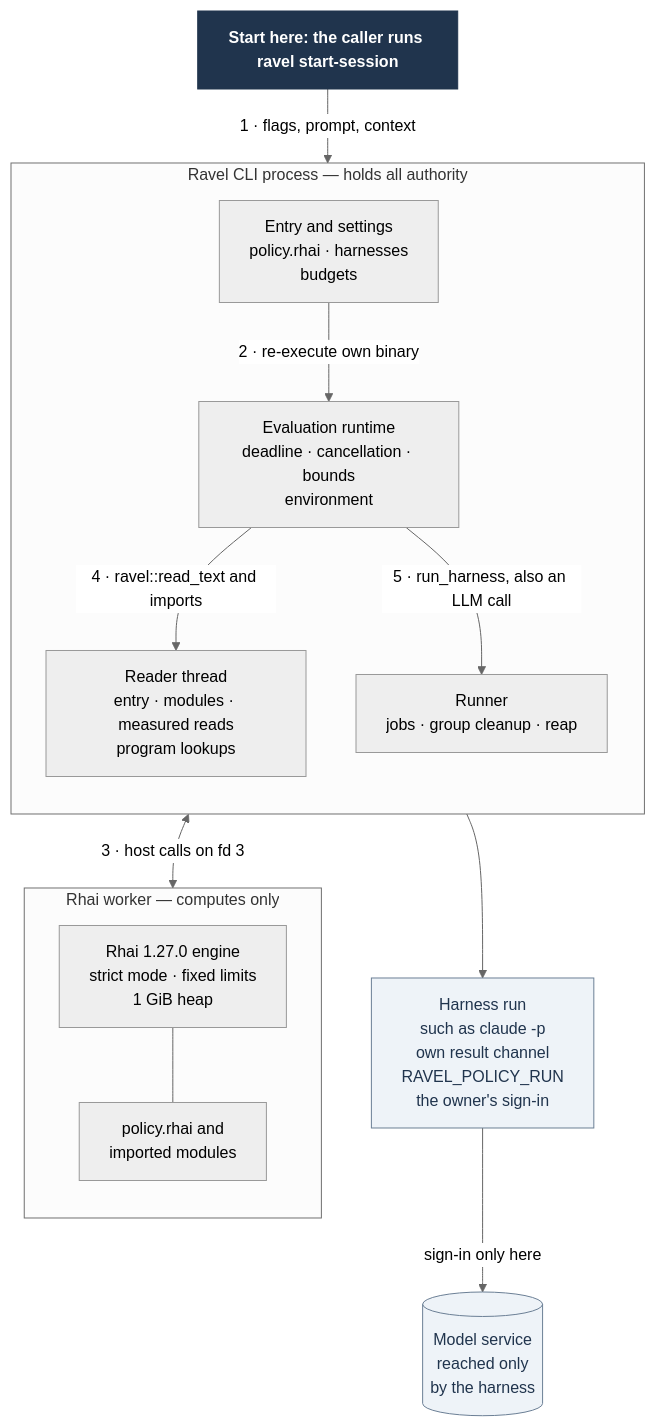
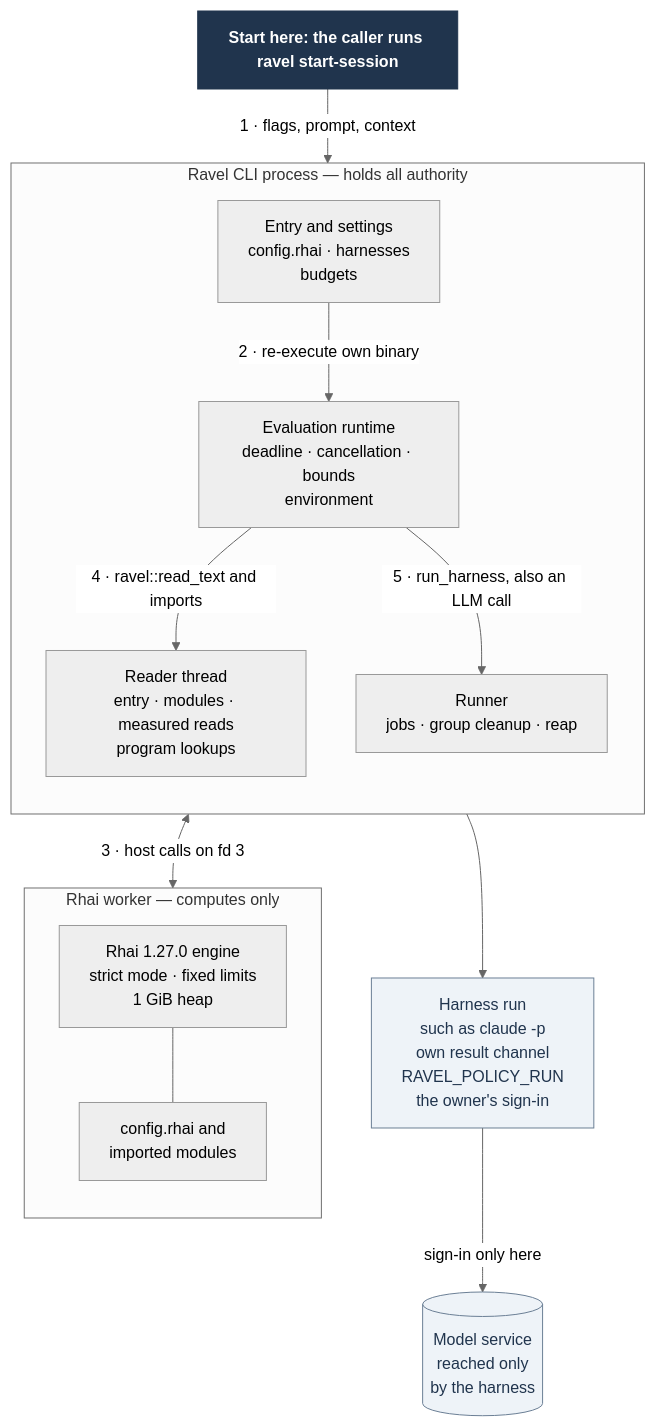
One commit to Linkuistics/Ravel changed the diagram in docs/design/rhai-policy/processes.mmd. Above: the diagram before and after it, drawn with Mermaid (neutral theme). The commit also changed 22 other files, not shown here.

Commit message:
configuration-names-k111: use config.rhai as the default entry; decompose configuration-names-k92

```diff
--- a/docs/design/rhai-policy/processes.mmd
+++ b/docs/design/rhai-policy/processes.mmd
@@ -1,28 +1,28 @@
 flowchart TB
   start["Start here: the caller runs ravel start-session"]
   subgraph cli["Ravel CLI process — holds all authority"]
     direction TB
-    auth["Entry and settings<br/>policy.rhai · harnesses<br/>budgets"]
+    auth["Entry and settings<br/>config.rhai · harnesses<br/>budgets"]
     eval["Evaluation runtime<br/>deadline · cancellation · bounds<br/>environment"]
     reader["Reader thread<br/>entry · modules · measured reads<br/>program lookups"]
     runner["Runner<br/>jobs · group cleanup · reap"]
   end
   subgraph worker["Rhai worker — computes only"]
     direction TB
     rhai["Rhai 1.27.0 engine<br/>strict mode · fixed limits<br/>1 GiB heap"]
-    mods["policy.rhai and<br/>imported modules"]
+    mods["config.rhai and<br/>imported modules"]
   end
   hrun["Harness run<br/>such as claude -p<br/>own result channel<br/>RAVEL_POLICY_RUN<br/>the owner's sign-in"]
   model[("Model service<br/>reached only<br/>by the harness")]
   start -->|"1 · flags, prompt, context"| auth
   auth -->|"2 · re-execute own binary"| eval
   eval <-->|"3 · host calls on fd 3"| rhai
   rhai --- mods
   eval -->|"4 · ravel::read_text and imports"| reader
   eval -->|"5 · run_harness, also an LLM call"| runner
   runner --> hrun
   hrun -->|"sign-in only here"| model
   classDef start fill:#20344d,color:#fff,stroke:#20344d,font-weight:bold
   classDef external fill:#eef3f8,color:#20344d,stroke:#6b7f95
   class start start
   class hrun,model external
```
